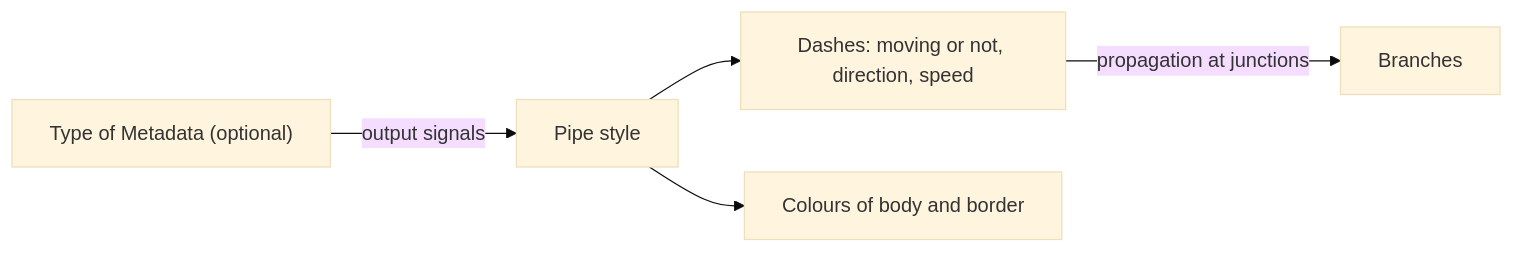
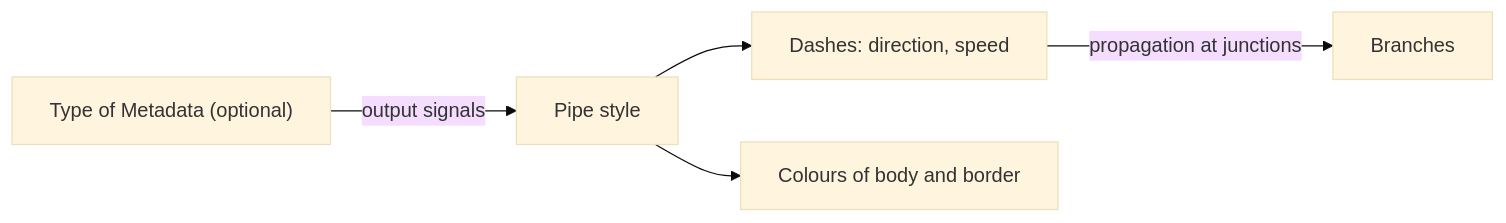
The fourth of 4 diagrams in symbols/pipes/pipe-styles.md (AlexandreGallais/synoptic-studio-spec), drawn with Mermaid (base theme) before and after one commit. The commit also changed other lines of this file and 9 other files, not shown here.

````diff
--- a/symbols/pipes/pipe-styles.md
+++ b/symbols/pipes/pipe-styles.md
@@ -109,7 +136,7 @@
 ```mermaid
 flowchart LR
     T["Type of Metadata (optional)"] -->|"output signals"| S["Pipe style"]
-    S --> D["Dashes: moving or not, direction, speed"]
+    S --> D["Dashes: direction, speed"]
     S --> C["Colours of body and border"]
     D -->|"propagation at junctions"| B["Branches"]
 ```
````
